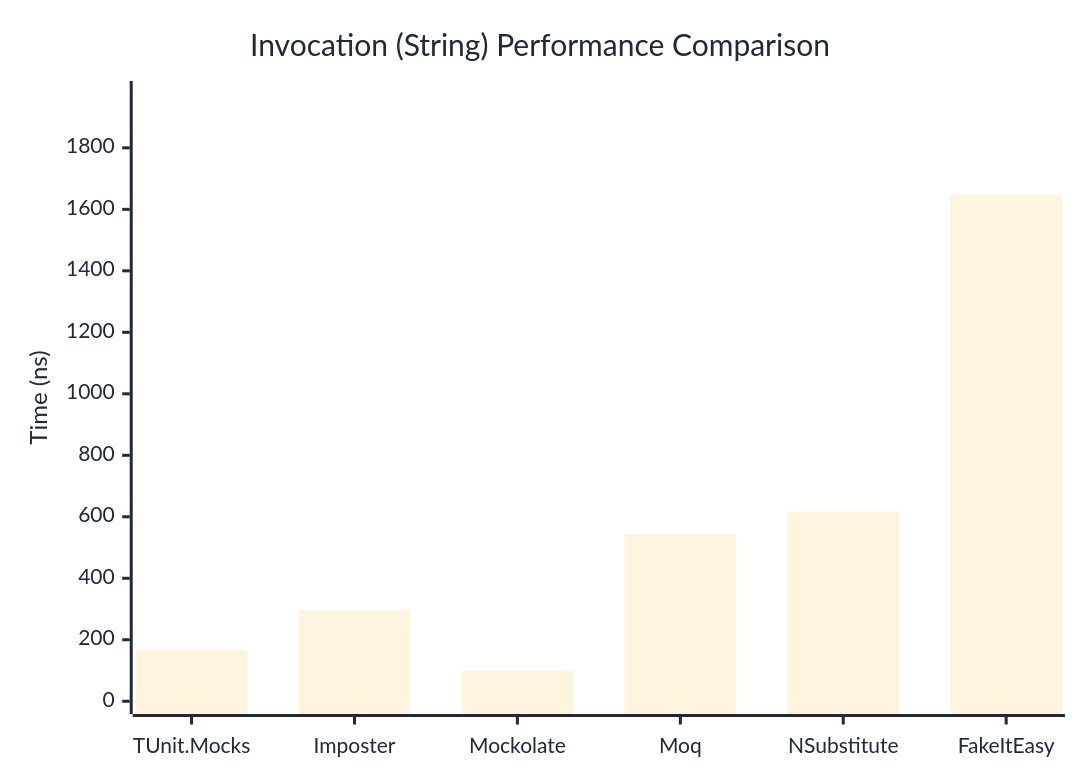
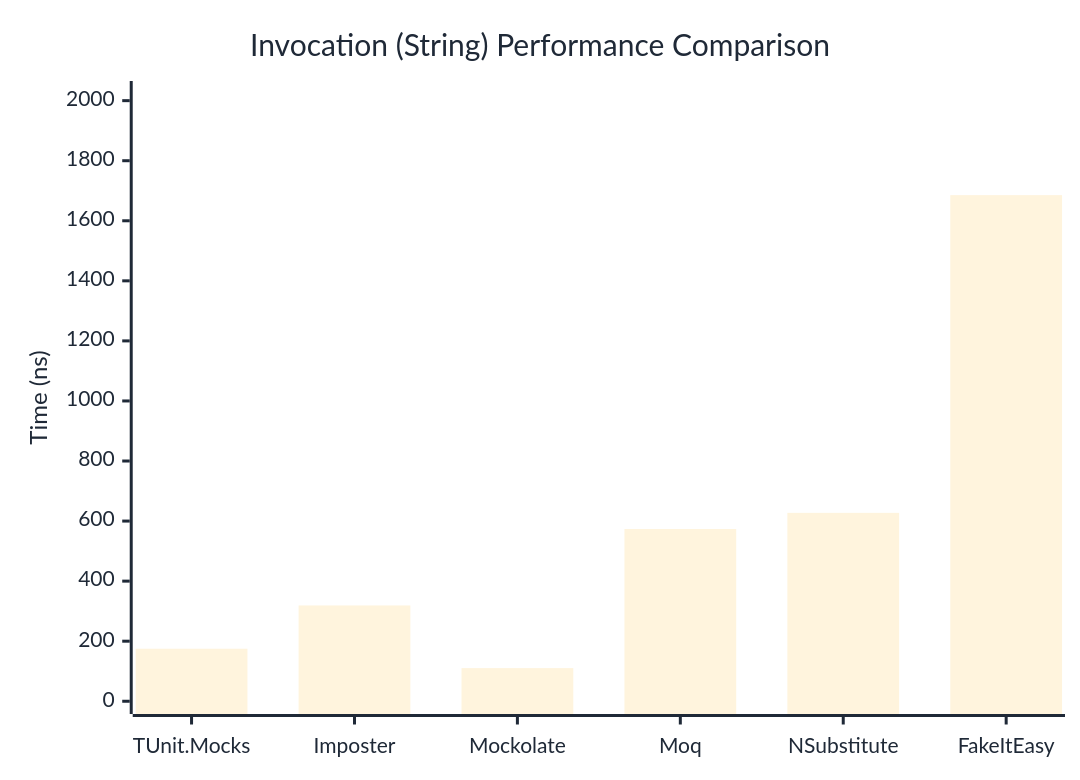
Before and after one commit to thomhurst/TUnit: the second of 3 diagrams in docs/docs/benchmarks/mocks/Invocation.md, drawn with Mermaid. The commit also changed other lines of this file and 14 other files, not shown here.

````diff
--- a/docs/docs/benchmarks/mocks/Invocation.md
+++ b/docs/docs/benchmarks/mocks/Invocation.md
@@ -71,27 +71,27 @@
 ```mermaid
 %%{init: {
   'theme':'base',
   'themeVariables': {
     'primaryColor': '#2563eb',
     'primaryTextColor': '#1f2937',
     'primaryBorderColor': '#1e40af',
     'lineColor': '#6b7280',
     'secondaryColor': '#7c3aed',
     'tertiaryColor': '#dc2626',
     'background': '#ffffff',
     'pie1': '#2563eb',
     'pie2': '#7c3aed',
     'pie3': '#dc2626',
     'pie4': '#f59e0b',
     'pie5': '#10b981',
     'pie6': '#06b6d4',
     'pie7': '#ec4899',
     'pie8': '#6366f1'
   }
 }}%%
 xychart-beta
   title "Invocation (String) Performance Comparison"
   x-axis ["TUnit.Mocks", "Imposter", "Mockolate", "Moq", "NSubstitute", "FakeItEasy"]
-  y-axis "Time (ns)" 0 --> 1976
-  bar [164.97, 297.64, 98.91, 542.47, 617.86, 1646.66]
+  y-axis "Time (ns)" 0 --> 2023
+  bar [174.9, 319, 110.4, 573.5, 627.4, 1685.4]
 ```
````
